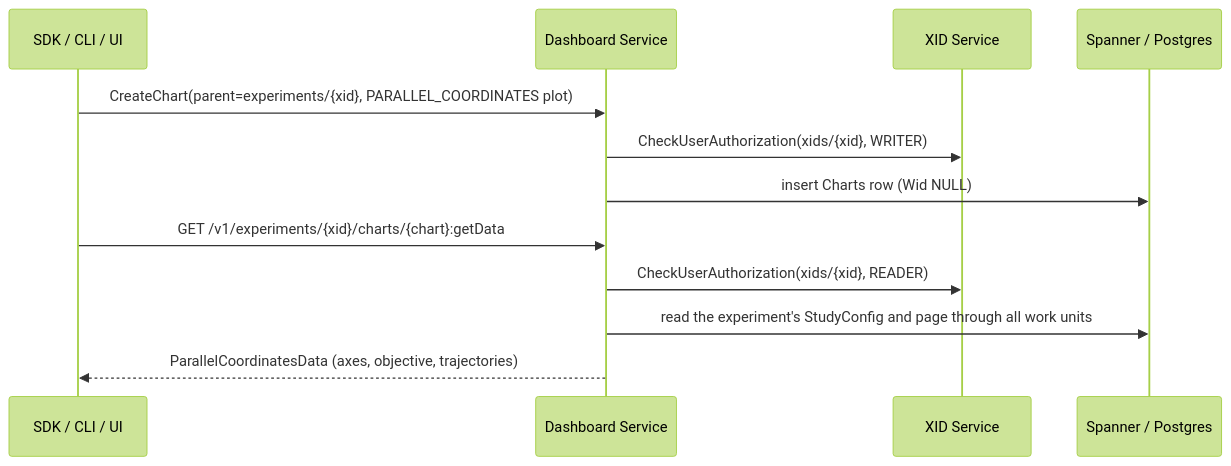
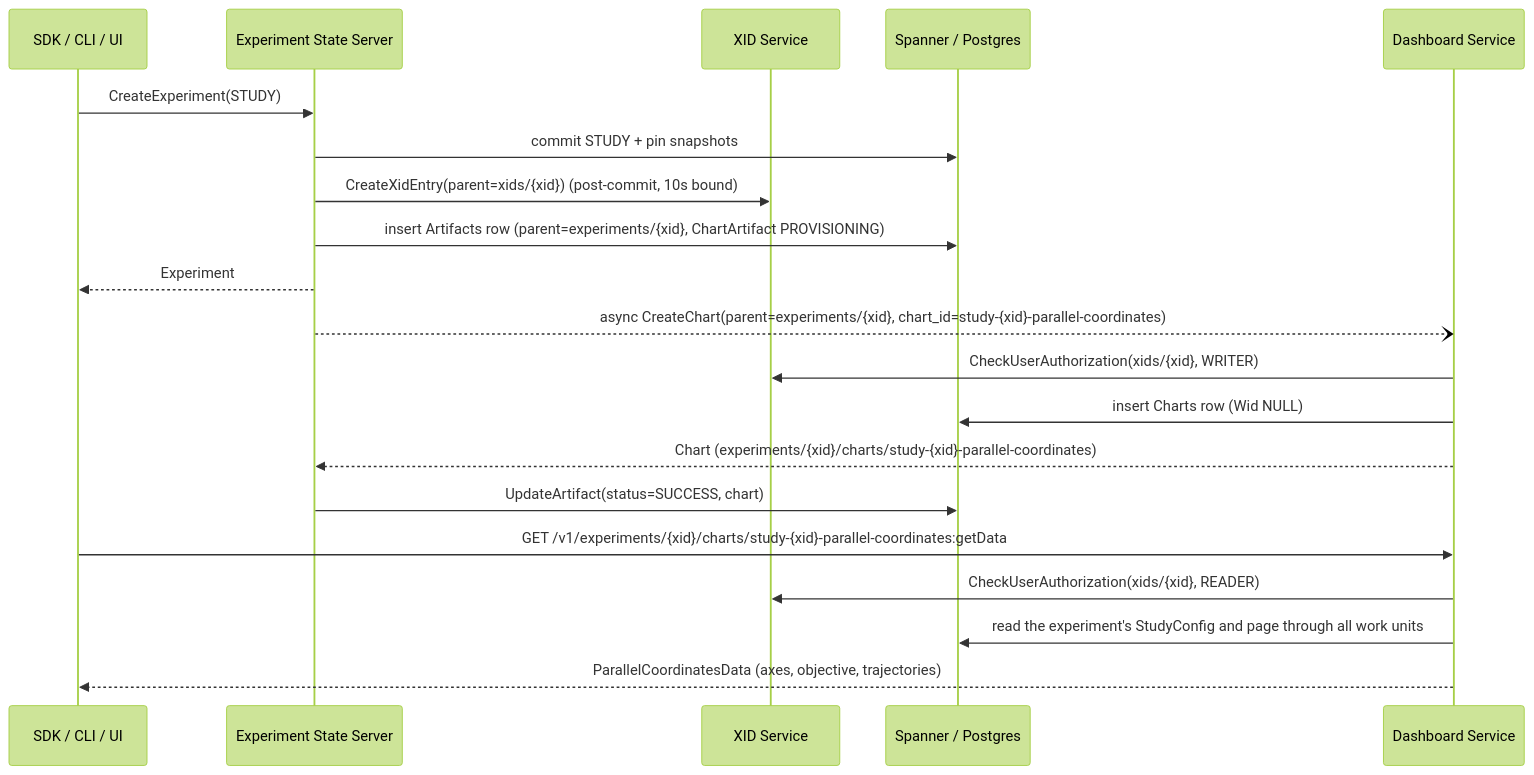
One commit to google/xmc changed the third of 3 diagrams in docs/flows/study_lifecycle.md. Above: the diagram before and after it, drawn with Mermaid (forest theme). The commit also changed other lines of this file and 19 other files, not shown here.

````diff
--- a/docs/flows/study_lifecycle.md
+++ b/docs/flows/study_lifecycle.md
@@ -155,15 +160,23 @@
 ```mermaid
 sequenceDiagram
     participant Client as SDK / CLI / UI
-    participant DS as Dashboard Service
+    participant ESS as Experiment State Server
     participant XID as XID Service
     participant DB as Spanner / Postgres
+    participant DS as Dashboard Service
 
-    Client->>DS: CreateChart(parent=experiments/{xid}, PARALLEL_COORDINATES plot)
+    Client->>ESS: CreateExperiment(STUDY)
+    ESS->>DB: commit STUDY + pin snapshots
+    ESS->>XID: CreateXidEntry(parent=xids/{xid}) (post-commit, 10s bound)
+    ESS->>DB: insert Artifacts row (parent=experiments/{xid}, ChartArtifact PROVISIONING)
+    ESS-->>Client: Experiment
+    ESS--)DS: async CreateChart(parent=experiments/{xid}, chart_id=study-{xid}-parallel-coordinates)
     DS->>XID: CheckUserAuthorization(xids/{xid}, WRITER)
     DS->>DB: insert Charts row (Wid NULL)
-    Client->>DS: GET /v1/experiments/{xid}/charts/{chart}:getData
+    DS-->>ESS: Chart (experiments/{xid}/charts/study-{xid}-parallel-coordinates)
+    ESS->>DB: UpdateArtifact(status=SUCCESS, chart)
+    Client->>DS: GET /v1/experiments/{xid}/charts/study-{xid}-parallel-coordinates:getData
     DS->>XID: CheckUserAuthorization(xids/{xid}, READER)
     DS->>DB: read the experiment's StudyConfig and page through all work units
     DS-->>Client: ParallelCoordinatesData (axes, objective, trajectories)
 ```
````
